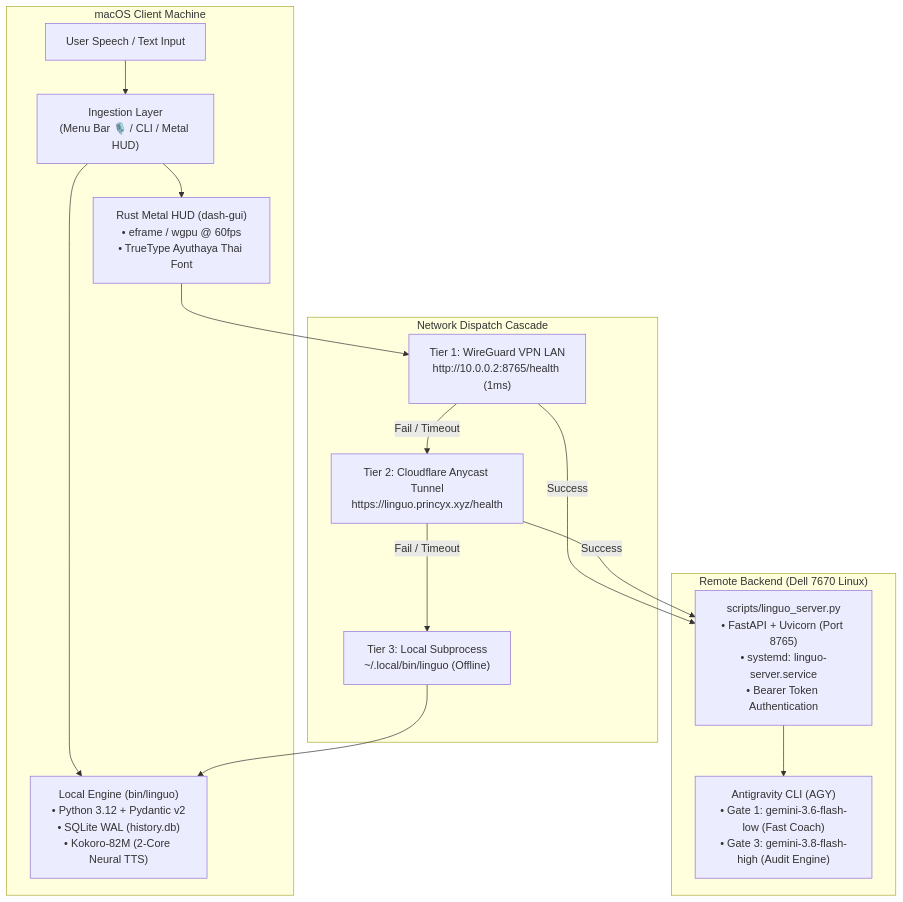
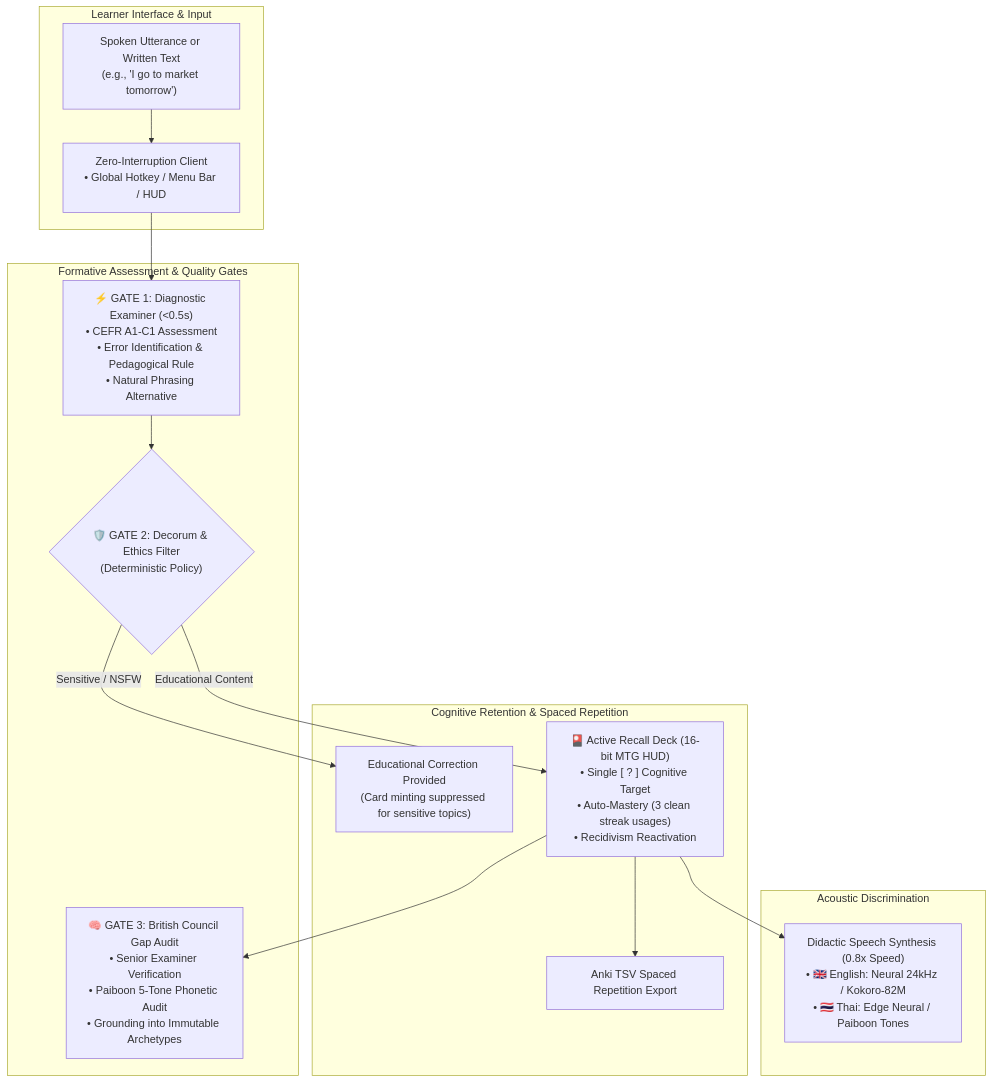
The first of 4 diagrams in README.md (gptprojectmanager/linguo), drawn with Mermaid before and after one commit. The commit also changed other lines of this file, not shown here.

Commit message:
docs: rewrite README with academic pedagogical focus for British Council and university evaluators

````diff
--- a/README.md
+++ b/README.md
@@ -11,31 +27,30 @@
 ```mermaid
 flowchart TD
-    subgraph Client["macOS Client Machine"]
-        User["User Speech / Text Input"]
-        InputLayer["Ingestion Layer<br/>(Menu Bar 🎙️ / CLI / Metal HUD)"]
-        LocalEngine["Local Engine (bin/linguo)<br/>• Python 3.12 + Pydantic v2<br/>• SQLite WAL (history.db)<br/>• Kokoro-82M (2-Core Neural TTS)"]
-        NativeHUD["Rust Metal HUD (dash-gui)<br/>• eframe / wgpu @ 60fps<br/>• TrueType Ayuthaya Thai Font"]
+    subgraph Learner["Learner Interface & Input"]
+        Input["Spoken Utterance or Written Text<br/>(e.g., 'I go to market tomorrow')"]
+        Capture["Zero-Interruption Client<br/>• Global Hotkey / Menu Bar / HUD"]
     end
 
-    subgraph Network["Network Dispatch Cascade"]
-        Tier1["Tier 1: WireGuard VPN LAN<br/>http://10.0.0.2:8765/health (1ms)"]
-        Tier2["Tier 2: Cloudflare Anycast Tunnel<br/>https://linguo.princyx.xyz/health"]
-        Tier3["Tier 3: Local Subprocess<br/>~/.local/bin/linguo (Offline)"]
+    subgraph AssessmentEngine["Formative Assessment & Quality Gates"]
+        Gate1["⚡ GATE 1: Diagnostic Examiner (<0.5s)<br/>• CEFR A1-C1 Assessment<br/>• Error Identification & Pedagogical Rule<br/>• Natural Phrasing Alternative"]
+        Gate2{"🛡️ GATE 2: Decorum & Ethics Filter<br/>(Deterministic Policy)"}
+        Gate3["🧠 GATE 3: British Council Gap Audit<br/>• Senior Examiner Verification<br/>• Paiboon 5-Tone Phonetic Audit<br/>• Grounding into Immutable Archetypes"]
     end
 
-    subgraph RemoteBackend["Remote Backend (Dell 7670 Linux)"]
-        FastAPIServer["scripts/linguo_server.py<br/>• FastAPI + Uvicorn (Port 8765)<br/>• systemd: linguo-server.service<br/>• Bearer Token Authentication"]
-        RemoteLLM["Antigravity CLI (AGY)<br/>• Gate 1: gemini-3.6-flash-low (Fast Coach)<br/>• Gate 3: gemini-3.8-flash-high (Audit Engine)"]
+    subgraph CognitiveRetention["Cognitive Retention & Spaced Repetition"]
+        SafeOutcome["Educational Correction Provided<br/>(Card minting suppressed for sensitive topics)"]
+        Deck["🎴 Active Recall Deck (16-bit MTG HUD)<br/>• Single [ ? ] Cognitive Target<br/>• Auto-Mastery (3 clean streak usages)<br/>• Recidivism Reactivation"]
+        Anki["Anki TSV Spaced Repetition Export"]
     end
 
-    User --> InputLayer
-    InputLayer --> NativeHUD
-    InputLayer --> LocalEngine
-    NativeHUD --> Tier1
-    Tier1 -- "Fail / Timeout" --> Tier2
-    Tier2 -- "Fail / Timeout" --> Tier3
-    Tier1 -- "Success" --> FastAPIServer
-    Tier2 -- "Success" --> FastAPIServer
-    FastAPIServer --> RemoteLLM
-    Tier3 --> LocalEngine
+    subgraph AcousticDelivery["Acoustic Discrimination"]
+        TTS["Didactic Speech Synthesis (0.8x Speed)<br/>• 🇬🇧 English: Neural 24kHz / Kokoro-82M<br/>• 🇹🇭 Thai: Edge Neural / Paiboon Tones"]
+    end
+
+    Input --> Capture --> Gate1 --> Gate2
+    Gate2 -- "Sensitive / NSFW" --> SafeOutcome
+    Gate2 -- "Educational Content" --> Deck
+    Deck --> Gate3
+    Deck --> Anki
+    Deck --> TTS
 ```
````
